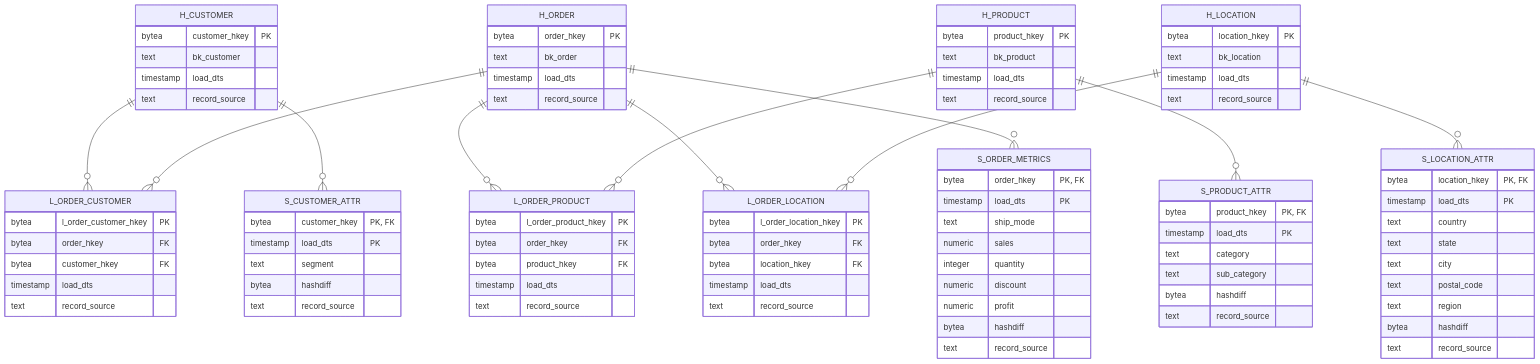
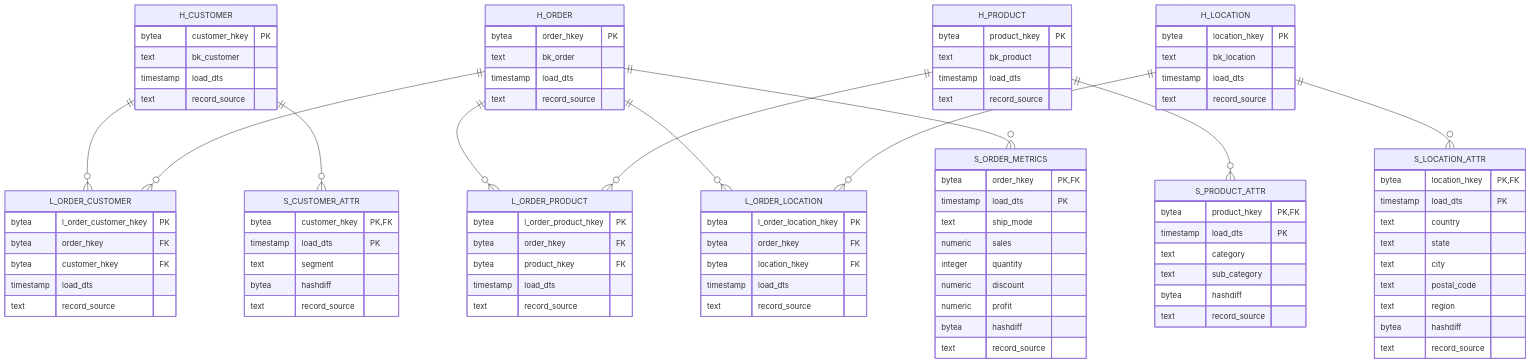
Before and after one commit to avshapoval/DSS_m1_finals: the diagram in DESIGN.md, drawn with Mermaid. The commit also changed other lines of this file, not shown here.

````diff
--- a/DESIGN.md
+++ b/DESIGN.md
@@ -8,5 +12,4 @@
 ```mermaid
-%%{init: {'theme':'default'}}%%
 erDiagram
     H_CUSTOMER ||--o{ L_ORDER_CUSTOMER : ""
     H_ORDER ||--o{ L_ORDER_CUSTOMER : ""
@@ -72,7 +75,7 @@
     }
     
     S_CUSTOMER_ATTR {
-        bytea customer_hkey "PK, FK"
+        bytea customer_hkey "PK,FK"
         timestamp load_dts "PK"
         text segment
         bytea hashdiff
@@ -80,7 +83,7 @@
     }
     
     S_PRODUCT_ATTR {
-        bytea product_hkey "PK, FK"
+        bytea product_hkey "PK,FK"
         timestamp load_dts "PK"
         text category
         text sub_category
@@ -89,7 +92,7 @@
     }
     
     S_LOCATION_ATTR {
-        bytea location_hkey "PK, FK"
+        bytea location_hkey "PK,FK"
         timestamp load_dts "PK"
         text country
         text state
@@ -101,7 +104,7 @@
     }
     
     S_ORDER_METRICS {
-        bytea order_hkey "PK, FK"
+        bytea order_hkey "PK,FK"
         timestamp load_dts "PK"
         text ship_mode
         numeric sales
````
